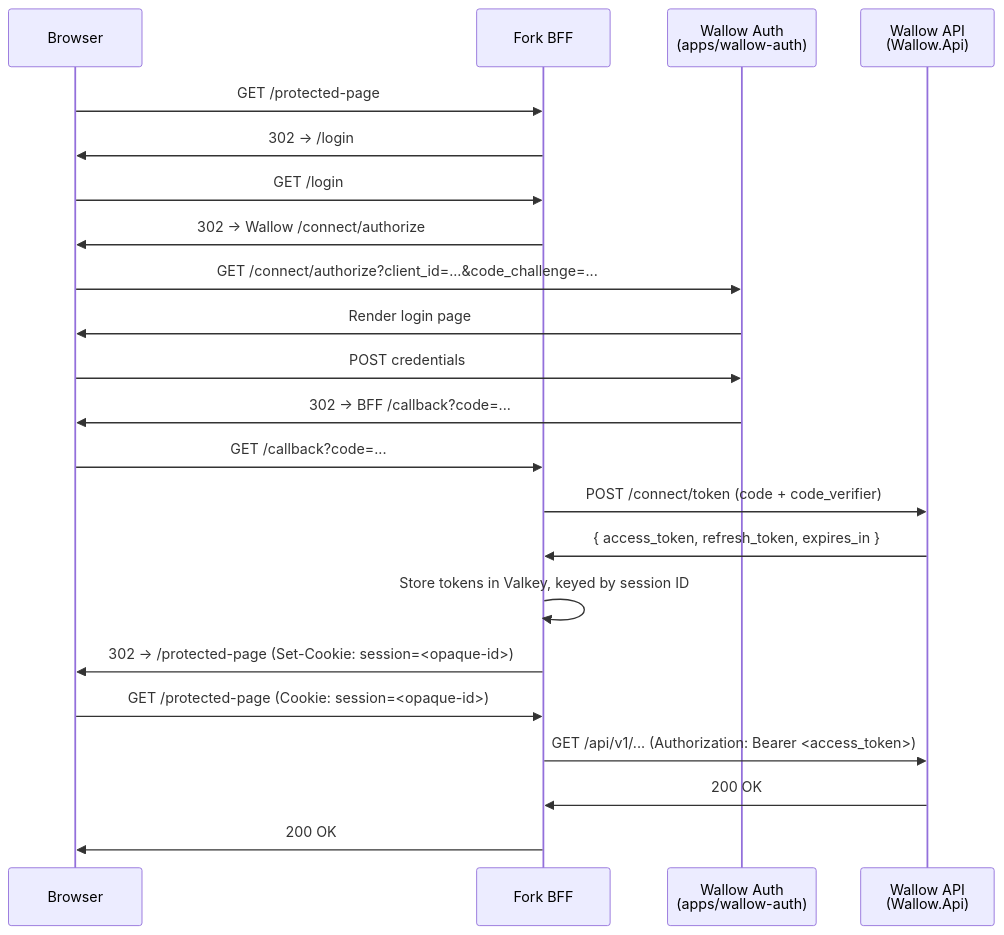
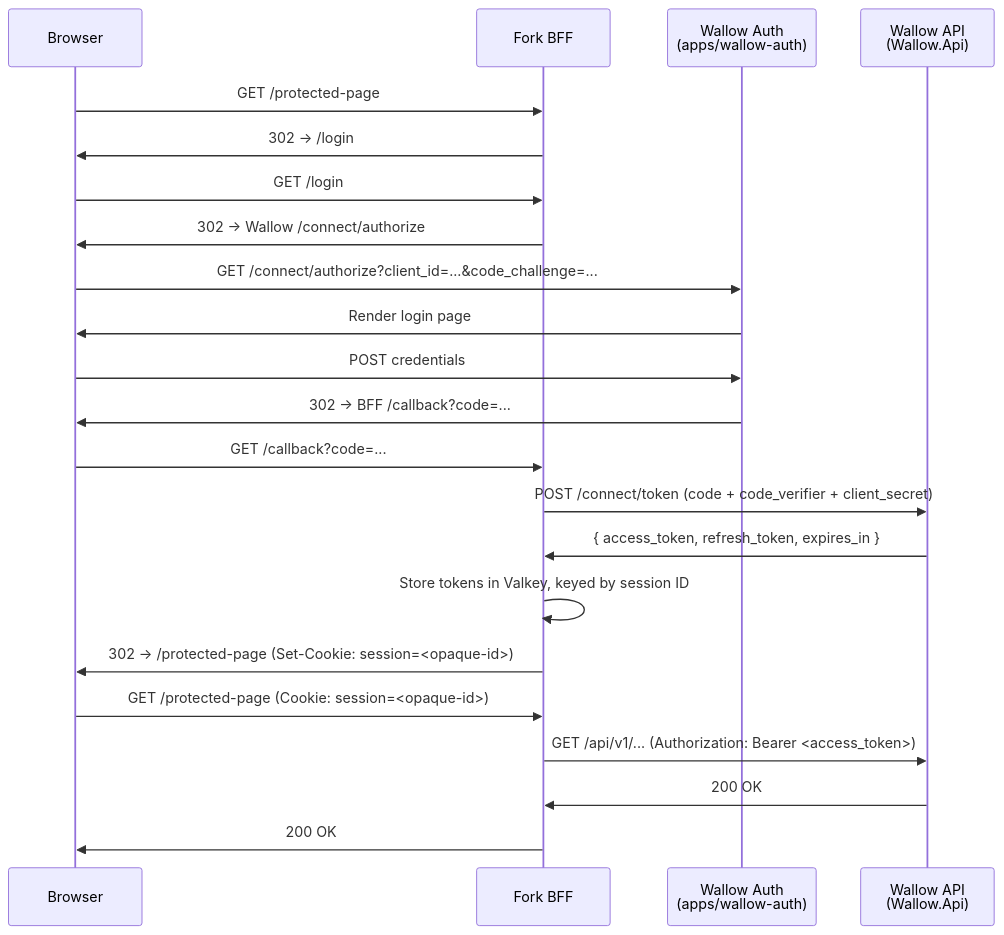
One commit to bc-solutions-coder/wallow changed the diagram in docs/integrations/bff-pattern.md. Above: the diagram before and after it, drawn with Mermaid. The commit also changed other lines of this file and 9 other files, not shown here.

````diff
--- a/docs/integrations/bff-pattern.md
+++ b/docs/integrations/bff-pattern.md
@@ -24,25 +24,25 @@
 ```mermaid
 sequenceDiagram
     participant Browser
     participant BFF as Fork BFF
     participant Auth as Wallow Auth<br/>(apps/wallow-auth)
     participant API as Wallow API<br/>(Wallow.Api)
 
     Browser->>BFF: GET /protected-page
     BFF->>Browser: 302 → /login
     Browser->>BFF: GET /login
     BFF->>Browser: 302 → Wallow /connect/authorize
     Browser->>Auth: GET /connect/authorize?client_id=...&code_challenge=...
     Auth->>Browser: Render login page
     Browser->>Auth: POST credentials
     Auth->>Browser: 302 → BFF /callback?code=...
     Browser->>BFF: GET /callback?code=...
-    BFF->>API: POST /connect/token (code + code_verifier)
+    BFF->>API: POST /connect/token (code + code_verifier + client_secret)
     API->>BFF: { access_token, refresh_token, expires_in }
     BFF->>BFF: Store tokens in Valkey, keyed by session ID
     BFF->>Browser: 302 → /protected-page (Set-Cookie: session=<opaque-id>)
     Browser->>BFF: GET /protected-page (Cookie: session=<opaque-id>)
     BFF->>API: GET /api/v1/... (Authorization: Bearer <access_token>)
     API->>BFF: 200 OK
     BFF->>Browser: 200 OK
 ```
````
